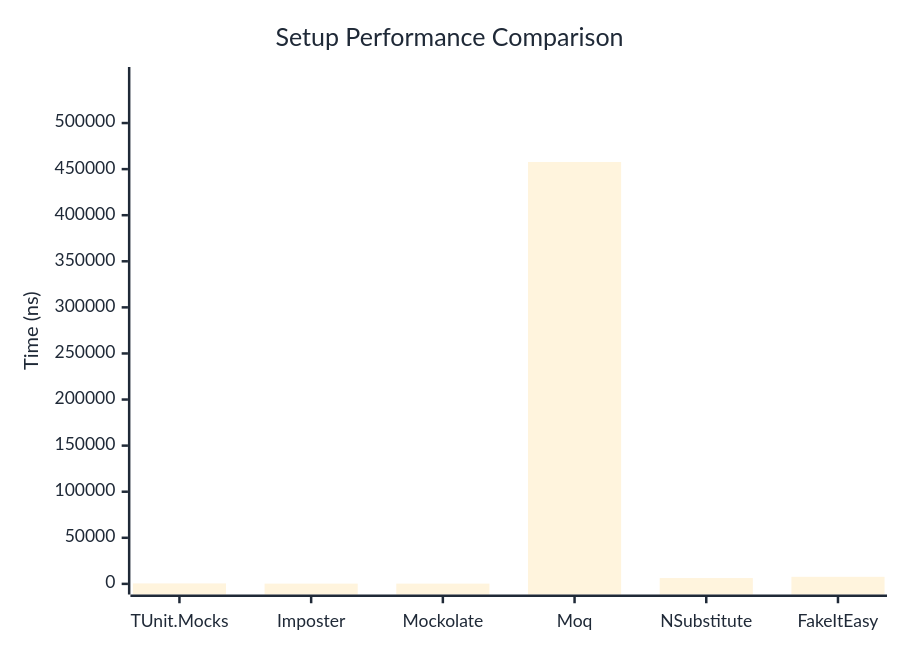
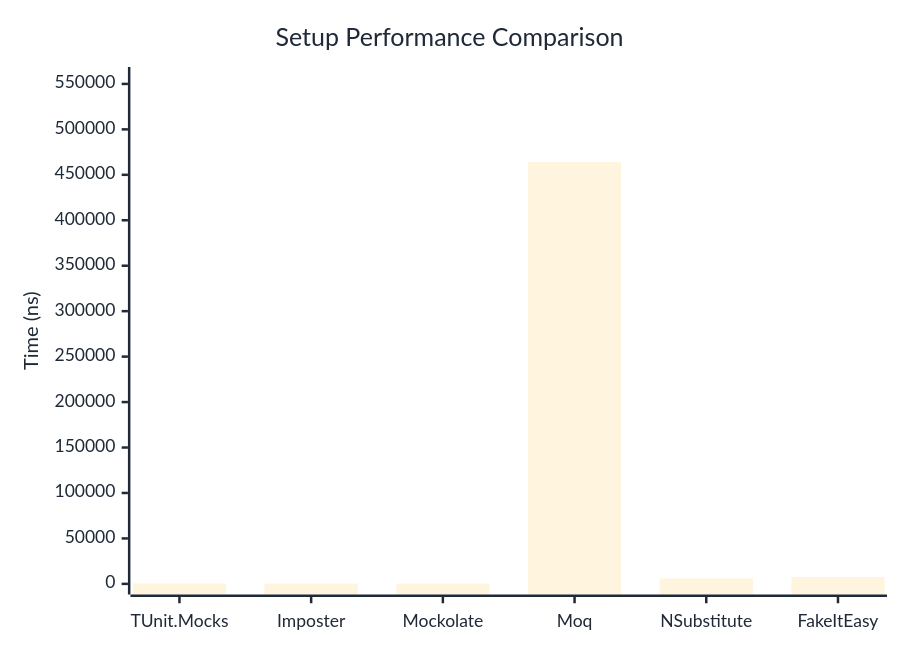
Before and after one commit to thomhurst/TUnit: the first of 2 diagrams in docs/docs/benchmarks/mocks/Setup.md, drawn with Mermaid. The commit also changed other lines of this file and 14 other files, not shown here.

````diff
--- a/docs/docs/benchmarks/mocks/Setup.md
+++ b/docs/docs/benchmarks/mocks/Setup.md
@@ -30,27 +30,27 @@
 ```mermaid
 %%{init: {
   'theme':'base',
   'themeVariables': {
     'primaryColor': '#2563eb',
     'primaryTextColor': '#1f2937',
     'primaryBorderColor': '#1e40af',
     'lineColor': '#6b7280',
     'secondaryColor': '#7c3aed',
     'tertiaryColor': '#dc2626',
     'background': '#ffffff',
     'pie1': '#2563eb',
     'pie2': '#7c3aed',
     'pie3': '#dc2626',
     'pie4': '#f59e0b',
     'pie5': '#10b981',
     'pie6': '#06b6d4',
     'pie7': '#ec4899',
     'pie8': '#6366f1'
   }
 }}%%
 xychart-beta
   title "Setup Performance Comparison"
   x-axis ["TUnit.Mocks", "Imposter", "Mockolate", "Moq", "NSubstitute", "FakeItEasy"]
-  y-axis "Time (ns)" 0 --> 549273
-  bar [498.3, 291.3, 291.8, 457727.2, 6314.6, 7643.1]
+  y-axis "Time (ns)" 0 --> 556921
+  bar [479.9, 286.7, 279.6, 464100.7, 5980.5, 7578.4]
 ```
````
